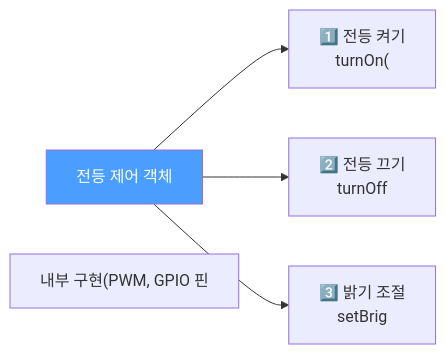
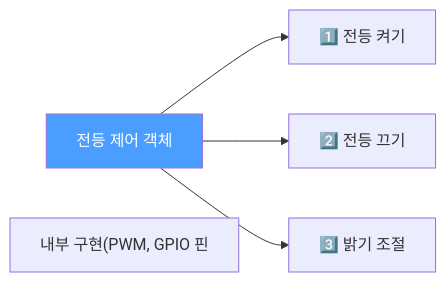
One commit to yjkim2015/yjkim2015.github.io changed the first of 8 diagrams in _posts/java/2021-10-09-java-objects1.md. Above: the diagram before and after it, drawn with Mermaid. The commit also changed other lines of this file and 217 other files, not shown here.

First line of the commit message:
Mermaid 크기 수정: useMaxWidth:true + SVG max-width:100% + 라벨 축소

````diff
--- a/_posts/java/2021-10-09-java-objects1.md
+++ b/_posts/java/2021-10-09-java-objects1.md
@@ -22,8 +22,8 @@
 ```mermaid
 graph LR
-    A["전등 제어 객체"] --> B["1️⃣ 전등 켜기\nturnOn("]
-    A --> C["2️⃣ 전등 끄기\nturnOff"]
-    A --> D["3️⃣ 밝기 조절\nsetBrig"]
+    A["전등 제어 객체"] --> B["1️⃣ 전등 켜기"]
+    A --> C["2️⃣ 전등 끄기"]
+    A --> D["3️⃣ 밝기 조절"]
     style A fill:#4a9eff,color:#fff
     Note["내부 구현(PWM, GPIO 핀"]
 ```
````
